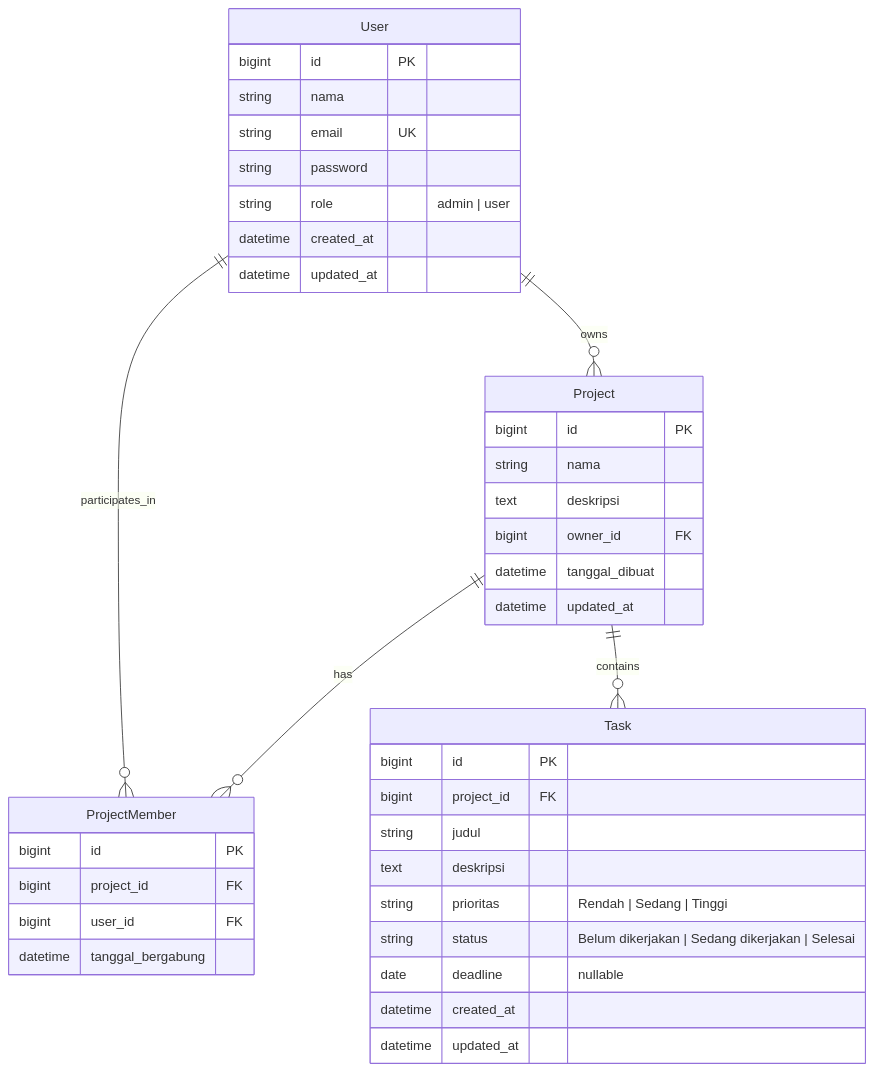
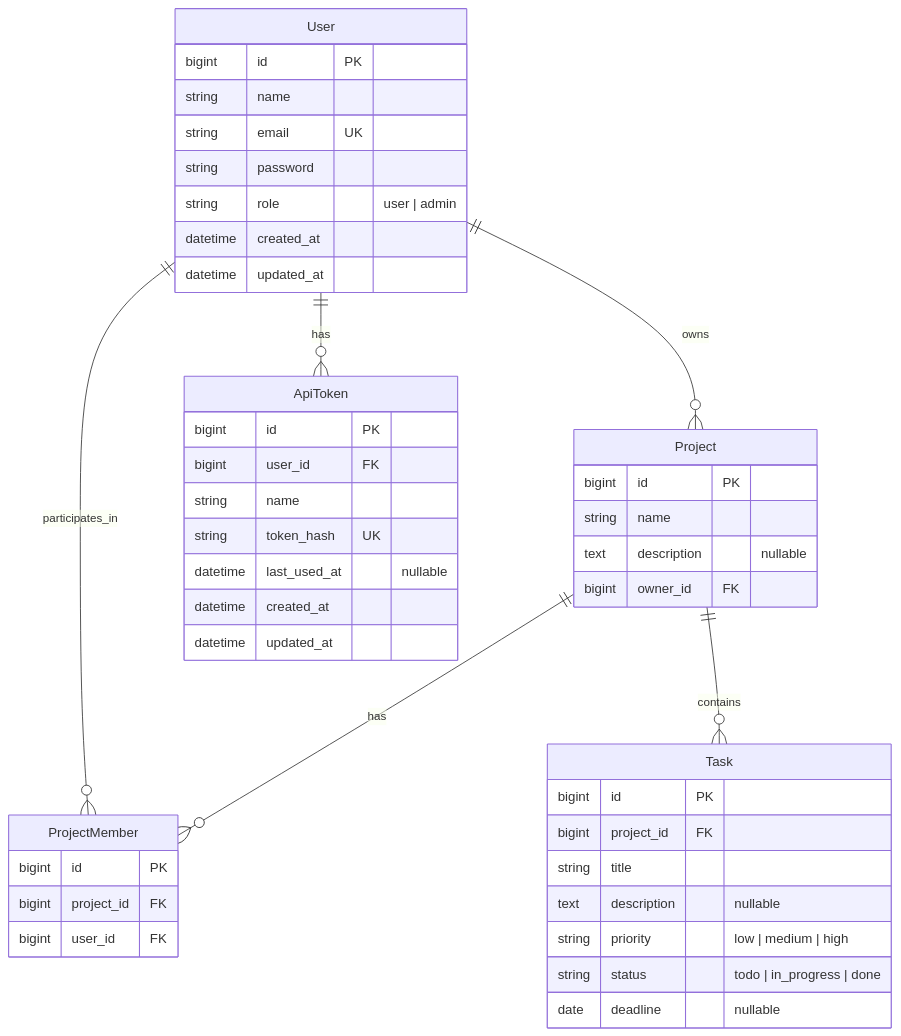
One commit to einarvern/PPK_Kel2_C changed the diagram in README.md. Above: the diagram before and after it, drawn with Mermaid. The commit also changed other lines of this file, not shown here.

First line of the commit message:
Revise database schema and API routes in README

````diff
--- a/README.md
+++ b/README.md
@@ -105,45 +105,51 @@
 ```mermaid
 erDiagram
     User ||--o{ Project : "owns"
     User ||--o{ ProjectMember : "participates_in"
+    User ||--o{ ApiToken : "has"
     Project ||--o{ ProjectMember : "has"
     Project ||--o{ Task : "contains"
 
     User {
         bigint id PK
-        string nama
+        string name
         string email UK
         string password
-        string role "admin | user"
+        string role "user | admin"
         datetime created_at
         datetime updated_at
     }
 
     Project {
         bigint id PK
-        string nama
-        text deskripsi
+        string name
+        text description "nullable"
         bigint owner_id FK
-        datetime tanggal_dibuat
-        datetime updated_at
     }
 
     ProjectMember {
         bigint id PK
         bigint project_id FK
         bigint user_id FK
-        datetime tanggal_bergabung
     }
 
     Task {
         bigint id PK
         bigint project_id FK
-        string judul
-        text deskripsi
-        string prioritas "Rendah | Sedang | Tinggi"
-        string status "Belum dikerjakan | Sedang dikerjakan | Selesai"
+        string title
+        text description "nullable"
+        string priority "low | medium | high"
+        string status "todo | in_progress | done"
         date deadline "nullable"
+    }
+
+    ApiToken {
+        bigint id PK
+        bigint user_id FK
+        string name
+        string token_hash UK
+        datetime last_used_at "nullable"
         datetime created_at
         datetime updated_at
     }
 ```
````
